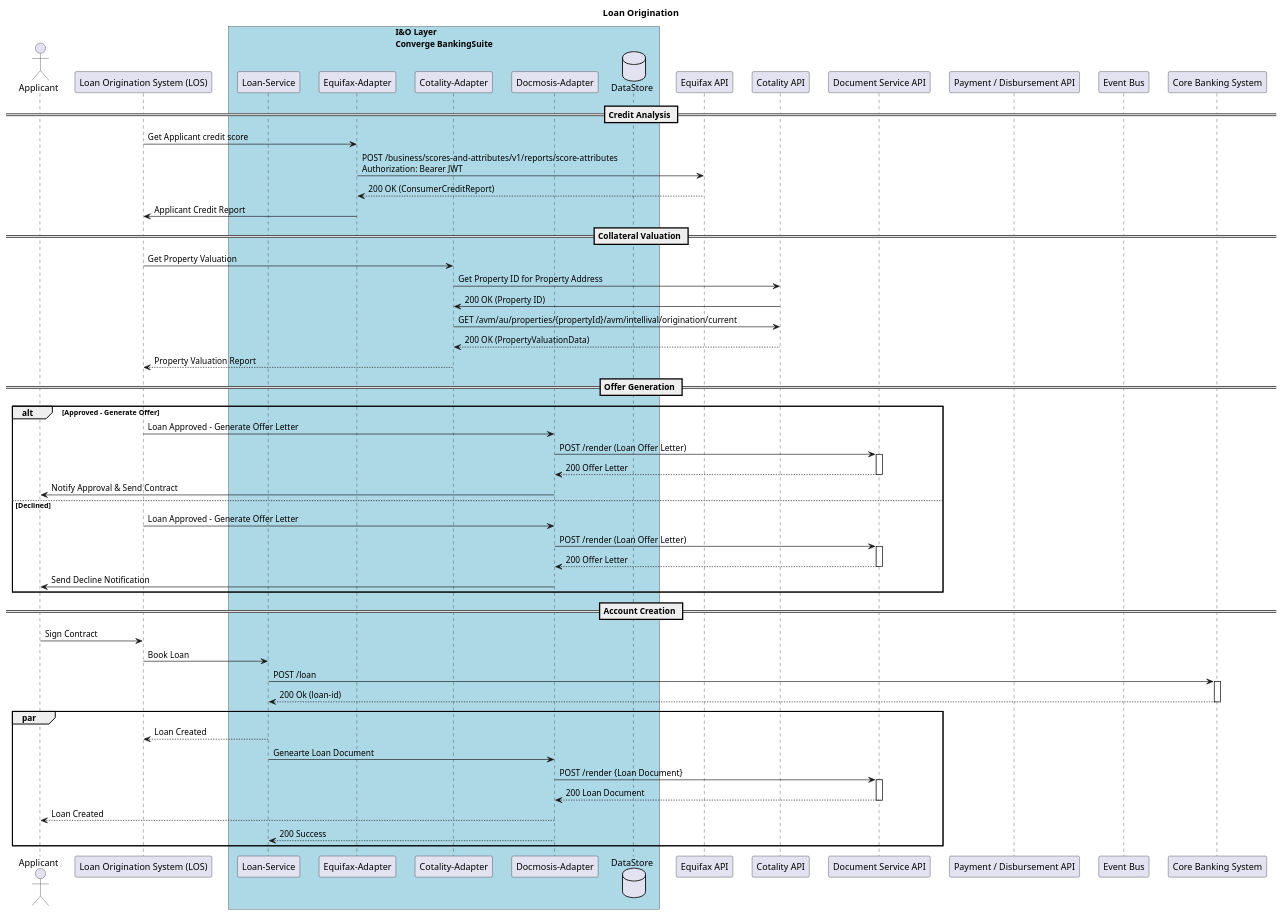
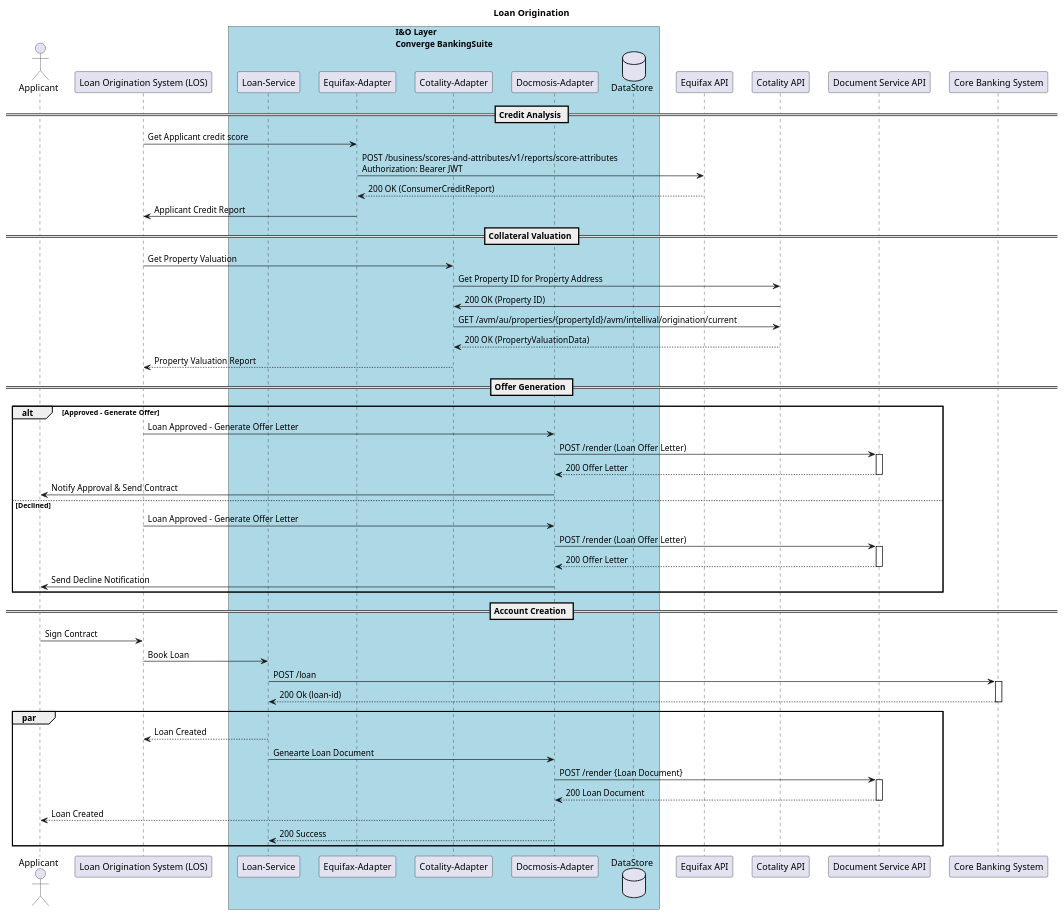
Before and after one commit to vinshah/banking: the diagram in sequence-diagram/loan-origination.puml, drawn with PlantUML.

Commit message:
removed 2 participants

```diff
--- a/sequence-diagram/loan-origination.puml
+++ b/sequence-diagram/loan-origination.puml
@@ -1,75 +1,72 @@
 @startuml
 title Loan Origination 
 skinparam ParticipantPadding 10
 skinparam BoxPadding 10
 
 
 actor "Applicant" as App
 participant "Loan Origination System (LOS)" as LOS
 box "I&O Layer\nConverge BankingSuite" #LightBlue
 participant "Loan-Service" as ls
 participant "Equifax-Adapter" as ea
 participant "Cotality-Adapter" as ct
 participant "Docmosis-Adapter" as da
 database DataStore as ds
 end box
 participant "Equifax API" as ei
 participant "Cotality API" as ci
 
 participant "Document Service API" as di
-participant "Payment / Disbursement API" as Pay
-participant "Event Bus" as Event
-
 participant "Core Banking System" as Core
 
 
 == Credit Analysis ==
 LOS -> ea: Get Applicant credit score
 ea -> ei: POST /business/scores-and-attributes/v1/reports/score-attributes \nAuthorization: Bearer JWT
 ei --> ea: 200 OK (ConsumerCreditReport)
 ea -> LOS: Applicant Credit Report
 
 == Collateral Valuation ==
 LOS -> ct: Get Property Valuation
 ct -> ci: Get Property ID for Property Address
 ci -> ct: 200 OK (Property ID)
 ct -> ci: GET /avm/au/properties/{propertyId}/avm/intellival/origination/current
 ci --> ct: 200 OK (PropertyValuationData)
 ct --> LOS: Property Valuation Report
 
 == Offer Generation ==
 alt Approved - Generate Offer
     LOS -> da: Loan Approved - Generate Offer Letter
     da -> di : POST /render (Loan Offer Letter)
     activate di
     di --> da: 200 Offer Letter
     deactivate di
     da -> App: Notify Approval & Send Contract
 else  Declined
     LOS -> da: Loan Approved - Generate Offer Letter
     da -> di : POST /render (Loan Offer Letter)
     activate di
     di --> da: 200 Offer Letter
     deactivate di
     da -> App: Send Decline Notification
 end
 
 == Account Creation ==
 App -> LOS: Sign Contract
 LOS -> ls: Book Loan 
 ls -> Core: POST /loan
 activate Core
 Core --> ls: 200 Ok (loan-id)
 deactivate Core
 par
 ls --> LOS: Loan Created 
 ls -> da: Genearte Loan Document
 da -> di: POST /render {Loan Document}
 activate di
 di --> da: 200 Loan Document
 deactivate di
 
 da --> App: Loan Created
 da --> ls: 200 Success
 end par
 @enduml
```
